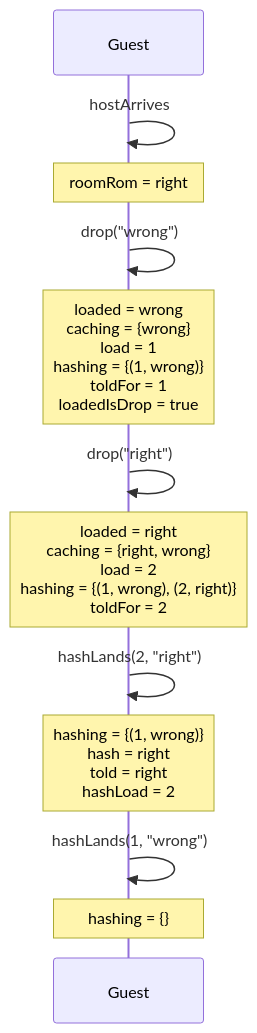
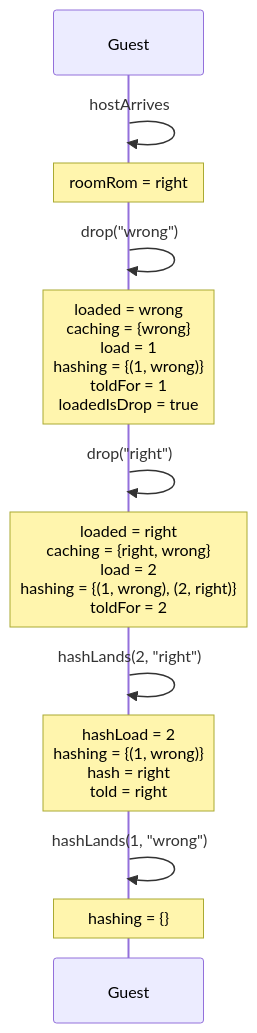
Diagram 21 of 27 in docs/spec-traces.md (kwilson21/kaillera-next), drawn with Mermaid before and after one commit. The commit also changed other lines of this file, not shown here.

````diff
--- a/docs/spec-traces.md
+++ b/docs/spec-traces.md
@@ -589,14 +589,14 @@
 ```mermaid
 sequenceDiagram
   participant Guest
   Guest->>Guest: hostArrives
   Note over Guest: roomRom = right
   Guest->>Guest: drop("wrong")
   Note over Guest: loaded = wrong<br/>caching = {wrong}<br/>load = 1<br/>hashing = {(1, wrong)}<br/>toldFor = 1<br/>loadedIsDrop = true
   Guest->>Guest: drop("right")
   Note over Guest: loaded = right<br/>caching = {right, wrong}<br/>load = 2<br/>hashing = {(1, wrong), (2, right)}<br/>toldFor = 2
   Guest->>Guest: hashLands(2, "right")
-  Note over Guest: hashing = {(1, wrong)}<br/>hash = right<br/>told = right<br/>hashLoad = 2
+  Note over Guest: hashLoad = 2<br/>hashing = {(1, wrong)}<br/>hash = right<br/>told = right
   Guest->>Guest: hashLands(1, "wrong")
   Note over Guest: hashing = {}
 ```
````
